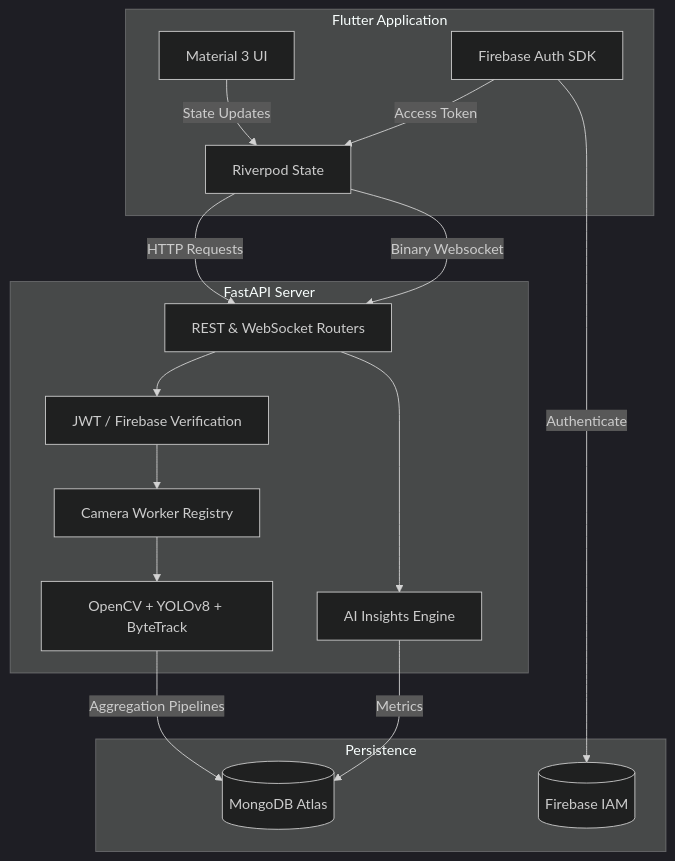
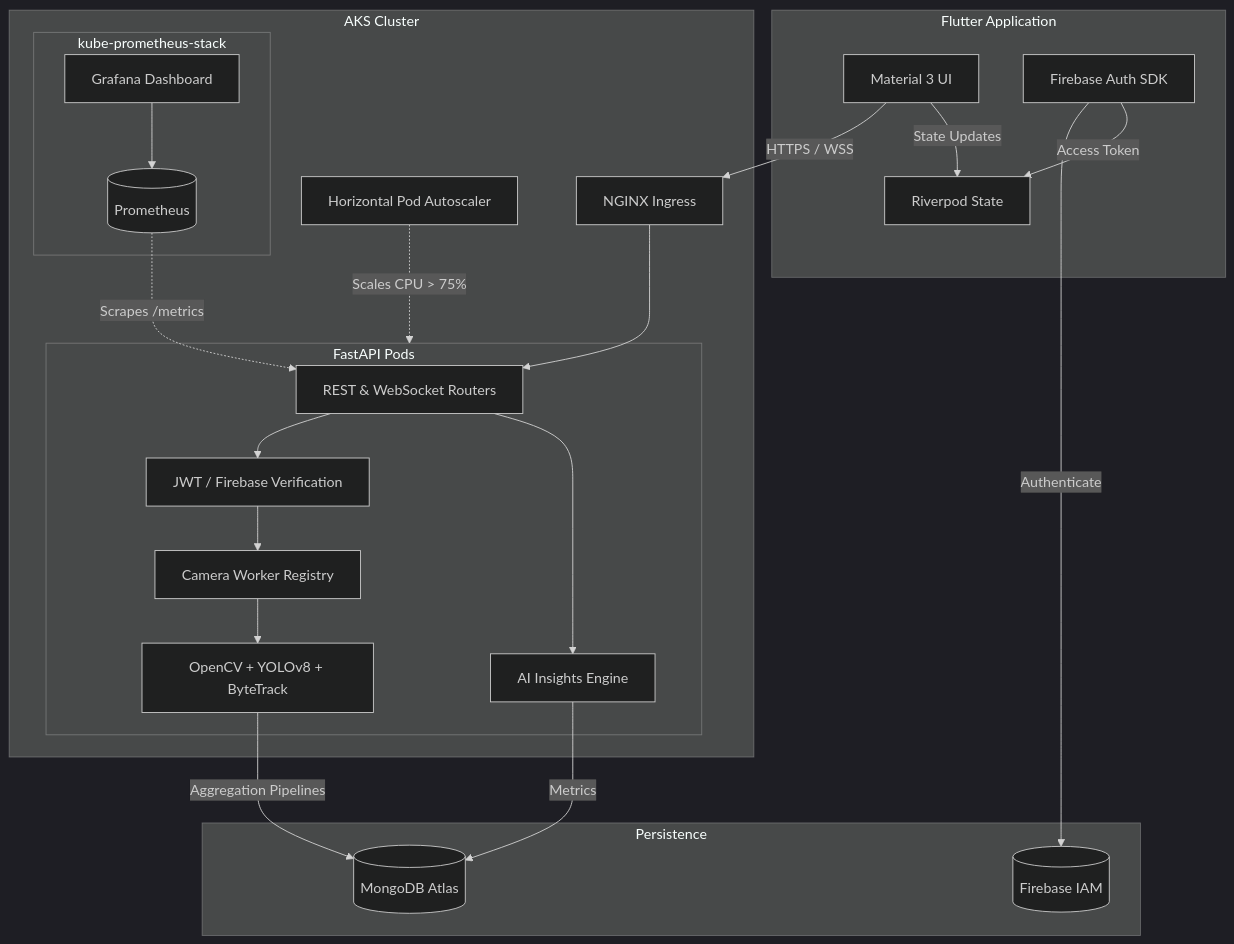
One commit to hemanthkumar-del/FootFalls-Analytics changed the diagram in README.md. Above: the diagram before and after it, drawn with Mermaid (dark theme). The commit also changed 22 other files, not shown here.

````diff
--- a/README.md
+++ b/README.md
@@ -22,34 +22,48 @@
 ```mermaid
 graph TD;
     subgraph Frontend [Flutter Application]
         UI[Material 3 UI]
         State[Riverpod State]
         Auth[Firebase Auth SDK]
     end
 
-    subgraph Backend [FastAPI Server]
-        API[REST & WebSocket Routers]
-        AuthGuard[JWT / Firebase Verification]
-        WorkerRegistry[Camera Worker Registry]
-        CVEngine[OpenCV + YOLOv8 + ByteTrack]
-        BIEngine[AI Insights Engine]
+    subgraph Azure Kubernetes Service [AKS Cluster]
+        Ingress[NGINX Ingress]
+        HPA[Horizontal Pod Autoscaler]
+        
+        subgraph Backend [FastAPI Pods]
+            API[REST & WebSocket Routers]
+            AuthGuard[JWT / Firebase Verification]
+            WorkerRegistry[Camera Worker Registry]
+            CVEngine[OpenCV + YOLOv8 + ByteTrack]
+            BIEngine[AI Insights Engine]
+        end
+
+        subgraph Observability [kube-prometheus-stack]
+            Prometheus[(Prometheus)]
+            Grafana[Grafana Dashboard]
+        end
     end
 
     subgraph Data [Persistence]
         Mongo[(MongoDB Atlas)]
         Firebase[(Firebase IAM)]
     end
 
+    UI -->|HTTPS / WSS| Ingress
+    Ingress --> API
+    HPA -.->|Scales CPU > 75%| Backend
+    Prometheus -.->|Scrapes /metrics| API
+    Grafana --> Prometheus
+
     UI -->|State Updates| State
-    State -->|HTTP Requests| API
-    State -->|Binary Websocket| API
     Auth -->|Authenticate| Firebase
     Auth -->|Access Token| State
 
     API --> AuthGuard
     AuthGuard --> WorkerRegistry
     WorkerRegistry --> CVEngine
     CVEngine -->|Aggregation Pipelines| Mongo
     API --> BIEngine
     BIEngine -->|Metrics| Mongo
 ```
````
